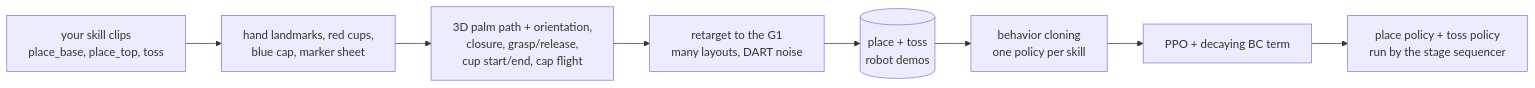
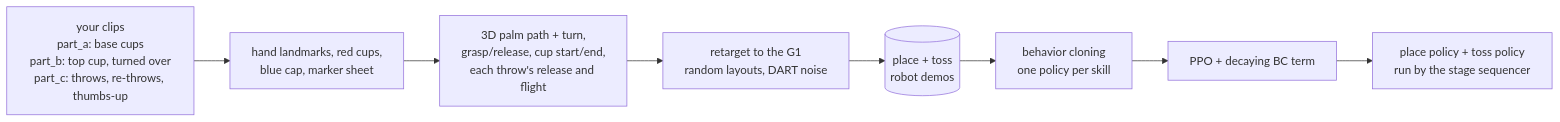
Before and after one commit to ANGELOANTU7/Robot_arm: the first of 2 diagrams in README.md, drawn with Mermaid. The commit also changed other lines of this file and 1 other file, not shown here.

Commit message:
README and image for the pyramid from your clips (results pending)

````diff
--- a/README.md
+++ b/README.md
@@ -27,10 +28,10 @@
 ```mermaid
 flowchart LR
-    V[your skill clips<br/>place_base, place_top, toss] --> T[hand landmarks, red cups,<br/>blue cap, marker sheet]
-    T --> H[3D palm path + orientation,<br/>closure, grasp/release,<br/>cup start/end, cap flight]
-    H --> R[retarget to the G1<br/>many layouts, DART noise]
+    V[your clips<br/>part_a: base cups<br/>part_b: top cup, turned over<br/>part_c: throws, re-throws, thumbs-up] --> T[hand landmarks, red cups,<br/>blue cap, marker sheet]
+    T --> H[3D palm path + turn,<br/>grasp/release, cup start/end,<br/>each throw's release and flight]
+    H --> R[retarget to the G1<br/>random layouts, DART noise]
     R --> D[(place + toss<br/>robot demos)]
     D --> BC[behavior cloning<br/>one policy per skill]
     BC --> RL[PPO + decaying BC term]
     RL --> P[place policy + toss policy<br/>run by the stage sequencer]
 ```
````
